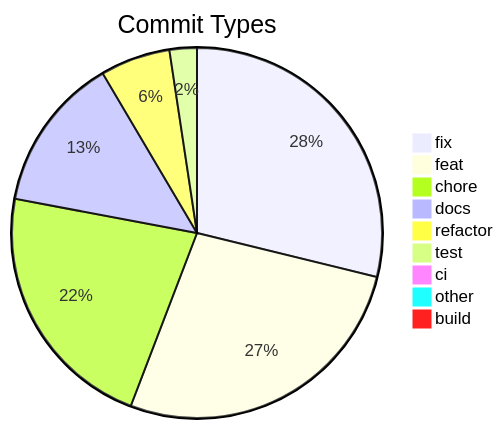
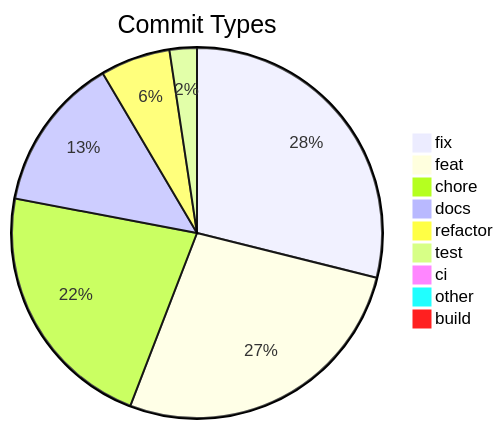
One commit to svenroth-ai/shipwright changed the diagram in .shipwright/compliance/change-history.md. Above: the diagram before and after it, drawn with Mermaid. The commit also changed other lines of this file and 14 other files, not shown here.

````diff
--- a/.shipwright/compliance/change-history.md
+++ b/.shipwright/compliance/change-history.md
@@ -8,12 +8,12 @@
 ```mermaid
 pie title Commit Types
-    "fix" : 302
+    "fix" : 303
     "feat" : 283
     "chore" : 232
     "docs" : 142
     "refactor" : 64
     "test" : 25
     "ci" : 7
     "other" : 7
     "build" : 1
 ```
````
